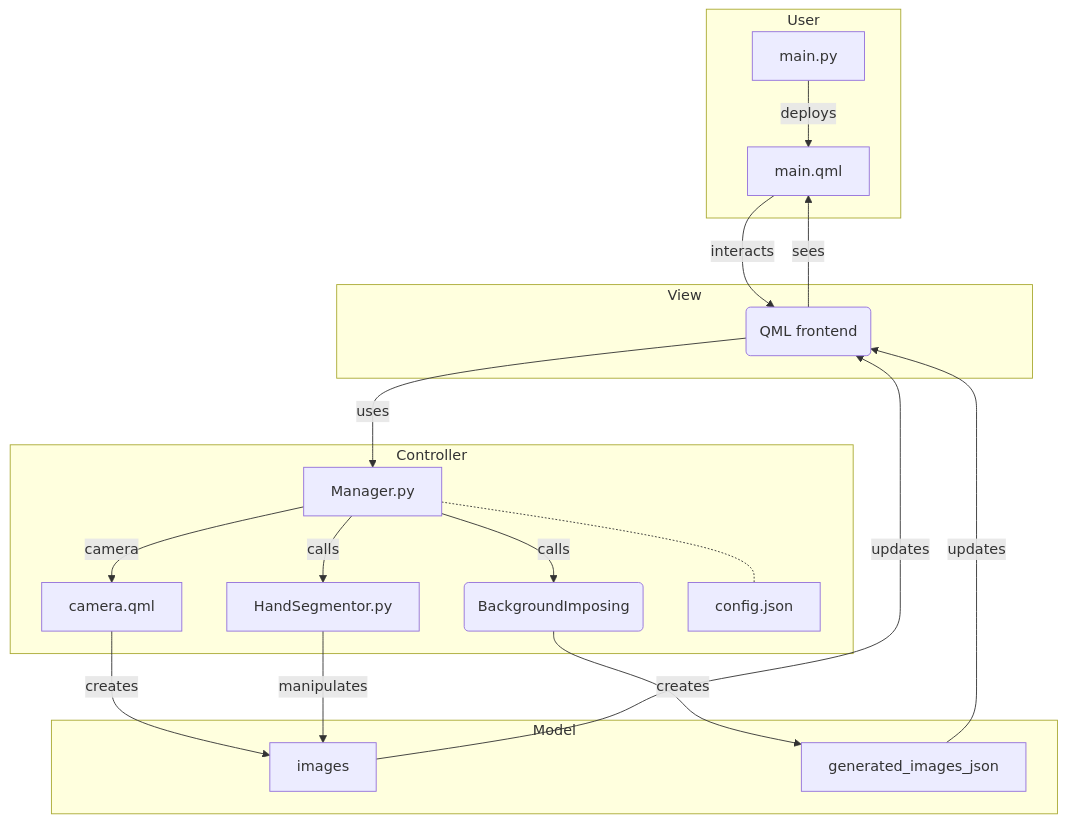
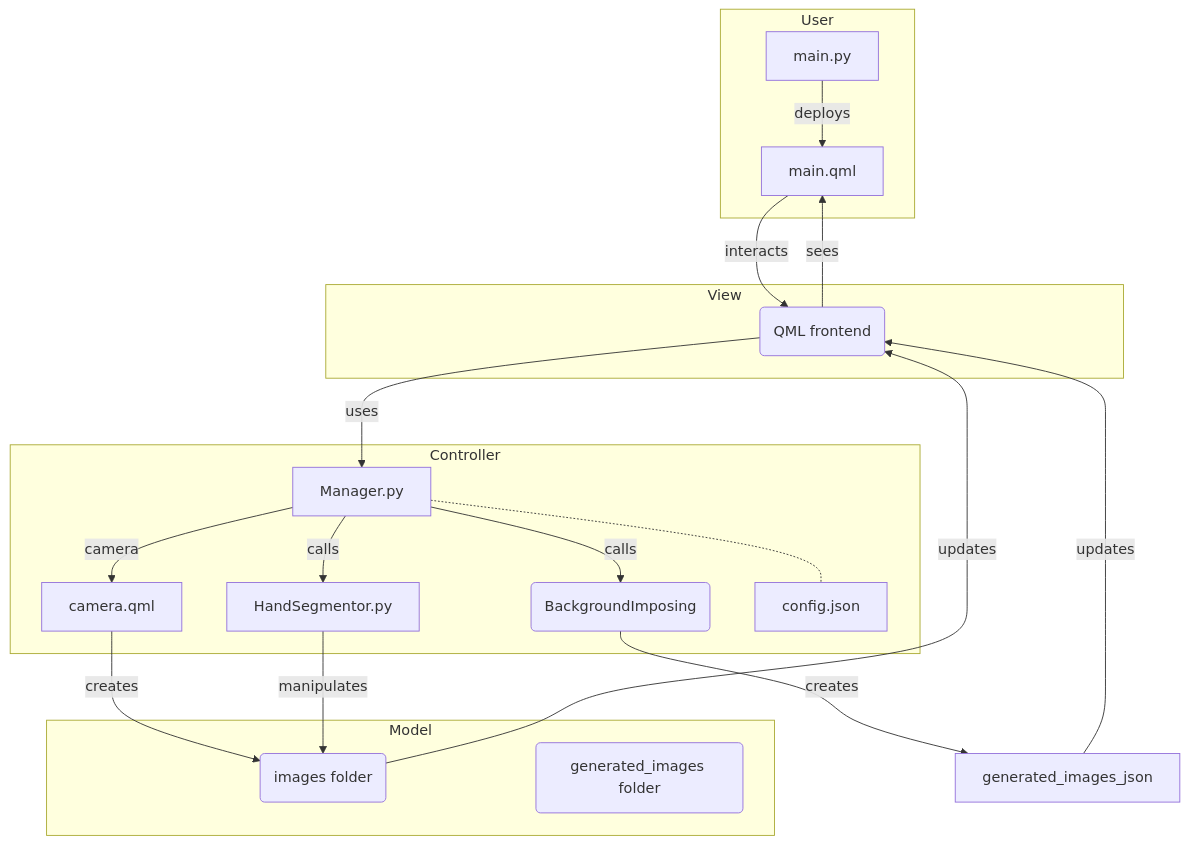
One commit to ISPlatonov/Dataset-generation changed the diagram in README.md. Above: the diagram before and after it, drawn with Mermaid.

Commit message:
another update in README.md

````diff
--- a/README.md
+++ b/README.md
@@ -29,30 +29,30 @@
 ```mermaid
 graph TB
     
     subgraph User
         user[main.py] --deploys--> main[main.qml]
     end
     subgraph View
         view(QML frontend)
     end
     subgraph Model
-        images[images]
-        generated_images_json[generated_images_json]
+        images(images folder)
+        generated_images(generated_images folder)
     end
     subgraph Controller
         Mngr[Manager.py]
         Mngr --calls--> HS[HandSegmentor.py]
         Mngr --calls--> BI(BackgroundImposing)
         Mngr --camera--> Cam[camera.qml]
         Mngr -.- Cfg[config.json]
     end
     
     main --interacts--> view
     view --uses--> Mngr
     Cam --creates--> images
     BI --creates--> generated_images_json
     HS --manipulates--> images
     images --updates--> view
     generated_images_json --updates--> view
     view --sees--> main
 ```
````
